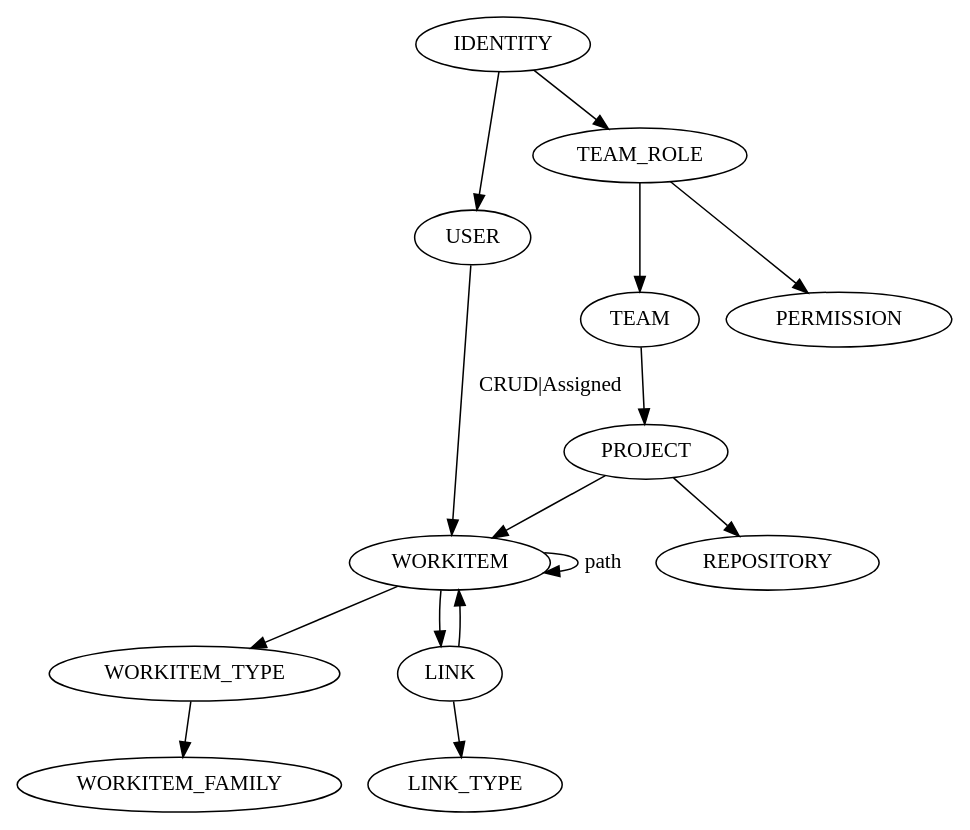
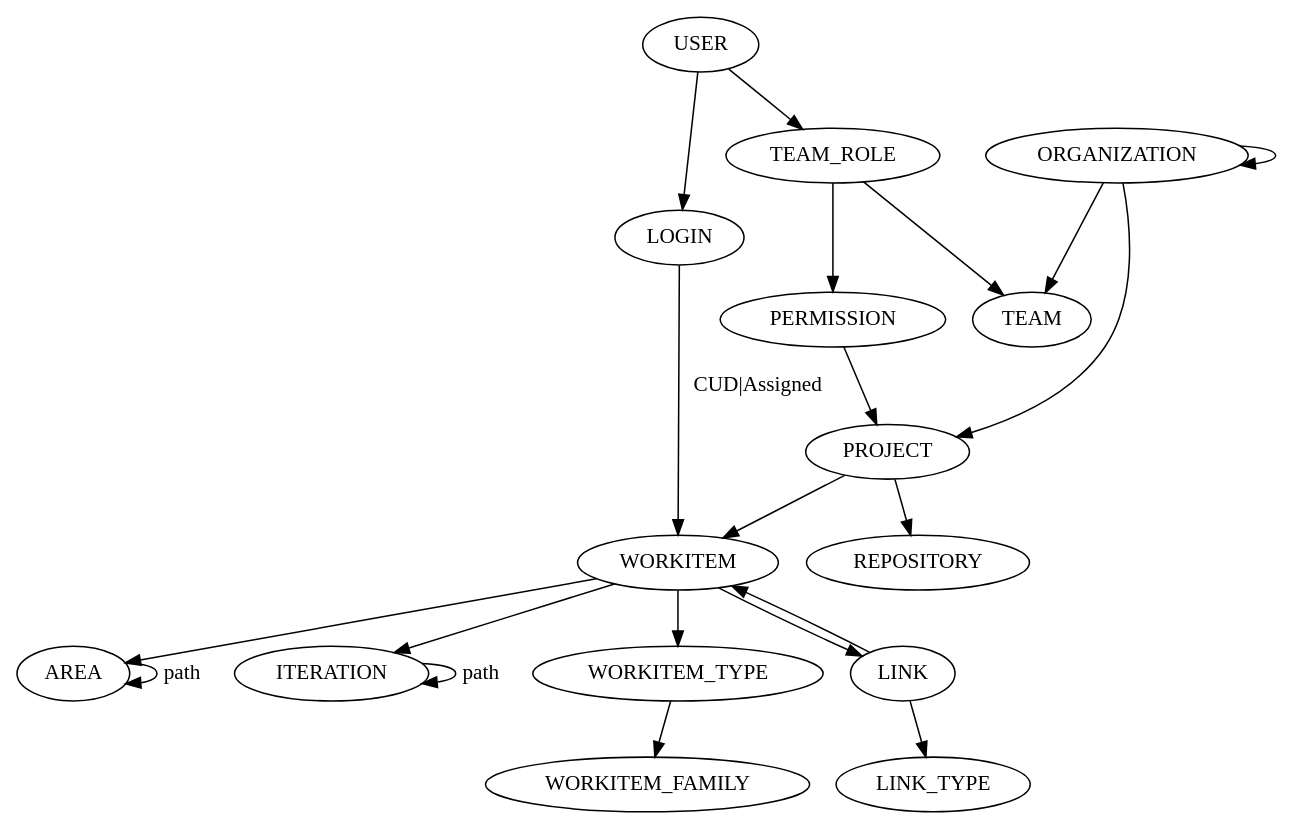
One commit to fabric8-services/fabric8-devdoc changed the diagram in _blueprints/model_overview.adoc. Above: the diagram before and after it, drawn with Graphviz.

Commit message:
Add Organization, Area & Iteration (#102)
Org has Teams
Team has Permissions to Project

```diff
--- a/_blueprints/model_overview.adoc
+++ b/_blueprints/model_overview.adoc
@@ -3,26 +3,31 @@
 [graphviz, model_overview, svg]
 ----
 digraph G {
-	IDENTITY -> USER
+	USER -> LOGIN
 	
-	IDENTITY -> TEAM_ROLE
-	USER -> WORKITEM[label="CRUD|Assigned"]
+	USER -> TEAM_ROLE
+	LOGIN -> WORKITEM[label="CUD|Assigned"]
 	
 	TEAM_ROLE -> TEAM
 	TEAM_ROLE -> PERMISSION
+	PERMISSION -> PROJECT
 
-	TEAM -> PROJECT
-	
-	
+	ORGANIZATION -> TEAM
+	ORGANIZATION -> PROJECT
+	ORGANIZATION -> ORGANIZATION
+
 	PROJECT -> WORKITEM
 	PROJECT -> REPOSITORY
 
-	WORKITEM -> WORKITEM [label="path"]
+	WORKITEM -> AREA
+	WORKITEM -> ITERATION
 	WORKITEM -> WORKITEM_TYPE
 	WORKITEM -> LINK
 	WORKITEM_TYPE -> WORKITEM_FAMILY
 
+	AREA -> AREA [label="path"]
+	ITERATION -> ITERATION [label="path"] 
 	LINK -> WORKITEM
 	LINK -> LINK_TYPE
 }
 ----
```
